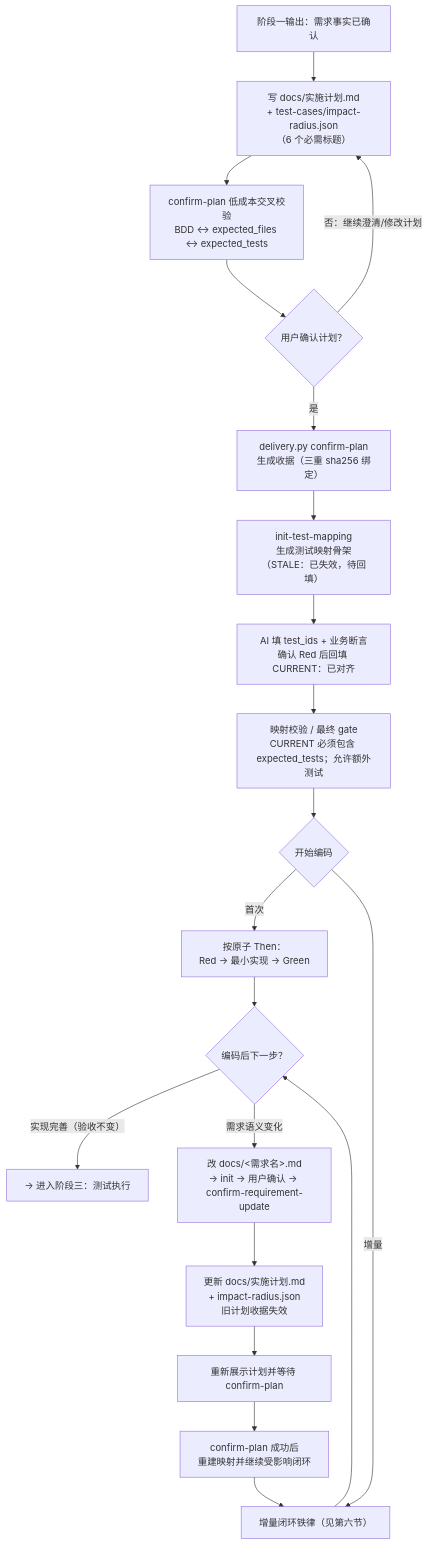
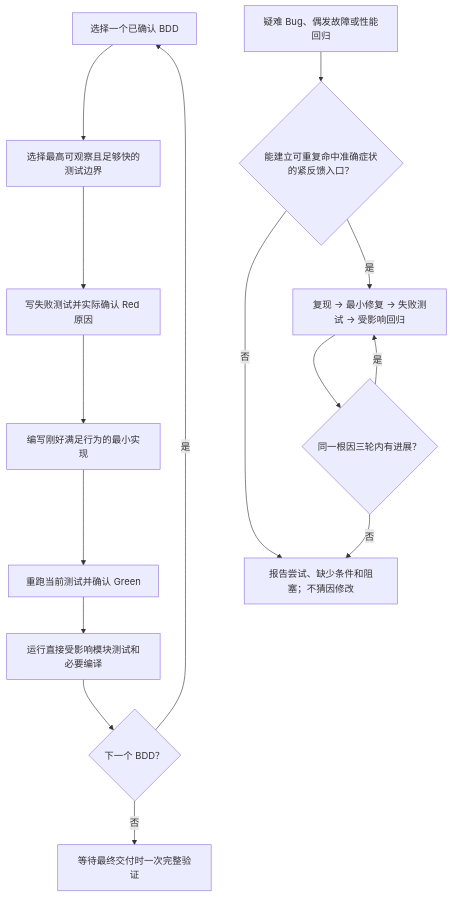
The fourth of 10 diagrams in docs/FLOW_DIAGRAMS.md (yejuntian/android-delivery-skills), drawn with Mermaid before and after one commit. The commit also changed other lines of this file and 213 other files, not shown here.

````diff
--- a/docs/FLOW_DIAGRAMS.md
+++ b/docs/FLOW_DIAGRAMS.md
@@ -167,22 +122,18 @@
 ```mermaid
 flowchart TD
-    STAGE1["阶段一输出：需求事实已确认"] --> PC["写 docs/实施计划.md<br/>+ test-cases/impact-radius.json<br/>（6 个必需标题）"]
-    PC --> CHECK["confirm-plan 低成本交叉校验<br/>BDD ↔ expected_files ↔ expected_tests"]
-    CHECK --> USER_PLAN{"用户确认计划？"}
-    USER_PLAN -- "否：继续澄清/修改计划" --> PC
-    USER_PLAN -- "是" --> PCR["delivery.py confirm-plan<br/>生成收据（三重 sha256 绑定）"]
-    PCR --> MAP["init-test-mapping<br/>生成测试映射骨架（STALE：已失效，待回填）"]
-    MAP --> MAP2["AI 填 test_ids + 业务断言<br/>确认 Red 后回填 CURRENT：已对齐"]
-    MAP2 --> MAP3["映射校验 / 最终 gate<br/>CURRENT 必须包含 expected_tests；允许额外测试"]
-    MAP3 --> CODE{"开始编码"}
-    CODE -- "首次" --> RED["按原子 Then：<br/>Red → 最小实现 → Green"]
-    CODE -- "增量" --> INCR["增量闭环铁律（见第六节）"]
-    RED --> J{"编码后下一步？"}
-    INCR --> J
-    J -- "实现完善（验收不变）" --> NEXTSTAGE["→ 进入阶段三：测试执行"]
-    J -- "需求语义变化" --> K["改 docs/<需求名>.md<br/>→ init → 用户确认 → confirm-requirement-update"]
-    K --> K1["更新 docs/实施计划.md<br/>+ impact-radius.json<br/>旧计划收据失效"]
-    K1 --> K2["重新展示计划并等待 confirm-plan"]
-    K2 --> K3["confirm-plan 成功后<br/>重建映射并继续受影响闭环"]
-    K3 --> INCR
+    BDD["选择一个已确认 BDD"] --> BOUNDARY["选择最高可观察且足够快的测试边界"]
+    BOUNDARY --> RED["写失败测试并实际确认 Red 原因"]
+    RED --> MIN["编写刚好满足行为的最小实现"]
+    MIN --> GREEN["重跑当前测试并确认 Green"]
+    GREEN --> IMPACT["运行直接受影响模块测试和必要编译"]
+    IMPACT --> NEXT{"下一个 BDD？"}
+    NEXT -- "是" --> BDD
+    NEXT -- "否" --> READY["等待最终交付时一次完整验证"]
+
+    BUG["疑难 Bug、偶发故障或性能回归"] --> LOOP{"能建立可重复命中准确症状的紧反馈入口？"}
+    LOOP -- "否" --> BLOCK["报告尝试、缺少条件和阻塞；不猜因修改"]
+    LOOP -- "是" --> REPRO["复现 -> 最小修复 -> 失败测试 -> 受影响回归"]
+    REPRO --> PROGRESS{"同一根因三轮内有进展？"}
+    PROGRESS -- "是" --> REPRO
+    PROGRESS -- "否" --> BLOCK
 ```
````
